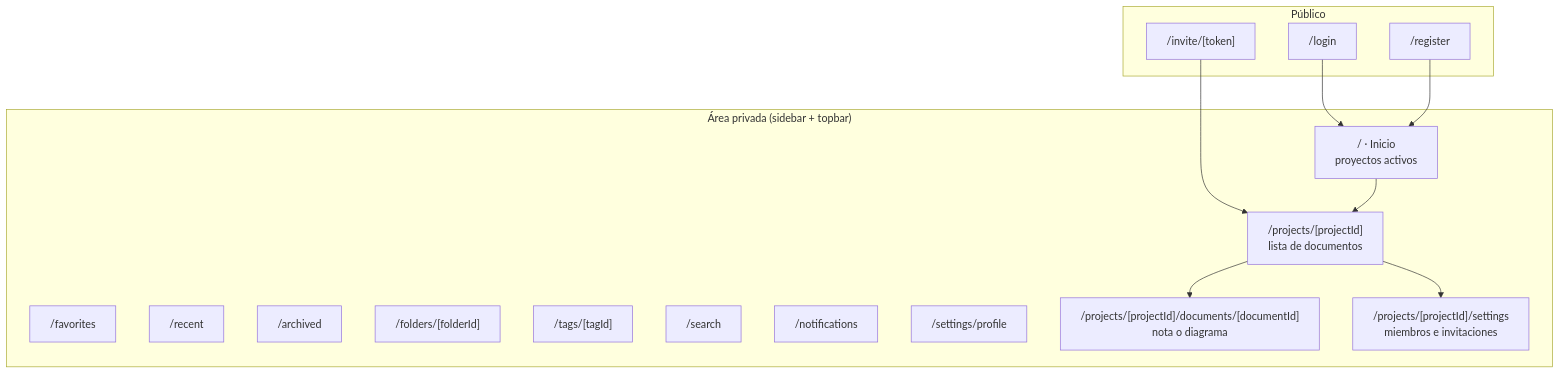
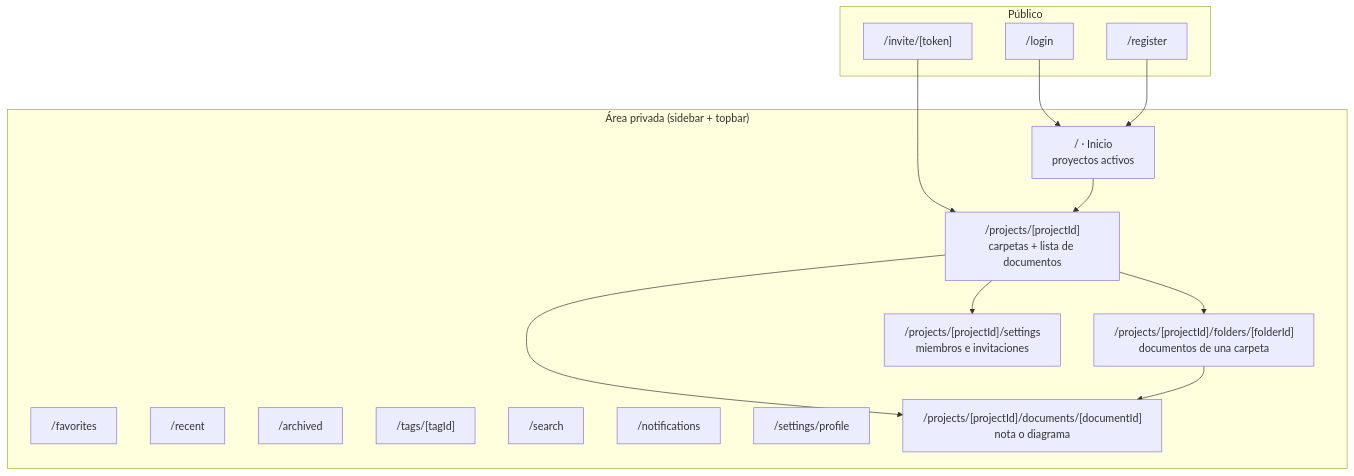
One commit to YoshiLoL0526/planify changed the first of 4 diagrams in docs/08-pantallas-y-flujos.md. Above: the diagram before and after it, drawn with Mermaid. The commit also changed other lines of this file and 55 other files, not shown here.

First line of the commit message:
feat(carpetas): organizar los documentos dentro de cada proyecto (RF-301, RF-412)

````diff
--- a/docs/08-pantallas-y-flujos.md
+++ b/docs/08-pantallas-y-flujos.md
@@ -13,29 +13,32 @@
 ```mermaid
 flowchart TD
     subgraph Público
         LOGIN["/login"]
         REG["/register"]
         INV["/invite/[token]"]
     end
 
     subgraph Privado["Área privada (sidebar + topbar)"]
         HOME["/ · Inicio<br/>proyectos activos"]
         FAV["/favorites"]
         REC["/recent"]
         ARC["/archived"]
-        FOL["/folders/[folderId]"]
         TAG["/tags/[tagId]"]
         SRCH["/search"]
         NOTI["/notifications"]
         PROF["/settings/profile"]
-        PROJ["/projects/[projectId]<br/>lista de documentos"]
+        PROJ["/projects/[projectId]<br/>carpetas + lista de documentos"]
+        FOL["/projects/[projectId]/folders/[folderId]<br/>documentos de una carpeta"]
         DOC["/projects/[projectId]/documents/[documentId]<br/>nota o diagrama"]
         PSET["/projects/[projectId]/settings<br/>miembros e invitaciones"]
     end
 
     LOGIN --> HOME
     REG --> HOME
     INV --> PROJ
-    HOME --> PROJ --> DOC
+    HOME --> PROJ
+    PROJ --> FOL
+    PROJ --> DOC
+    FOL --> DOC
     PROJ --> PSET
 ```
````
